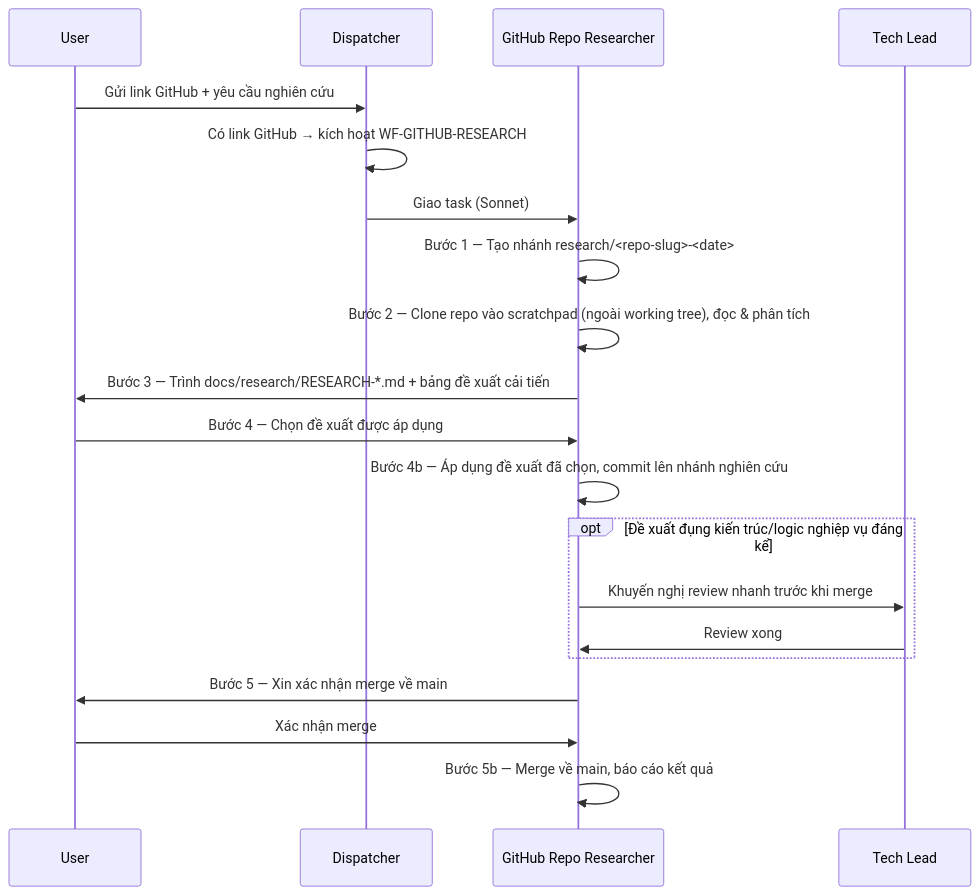
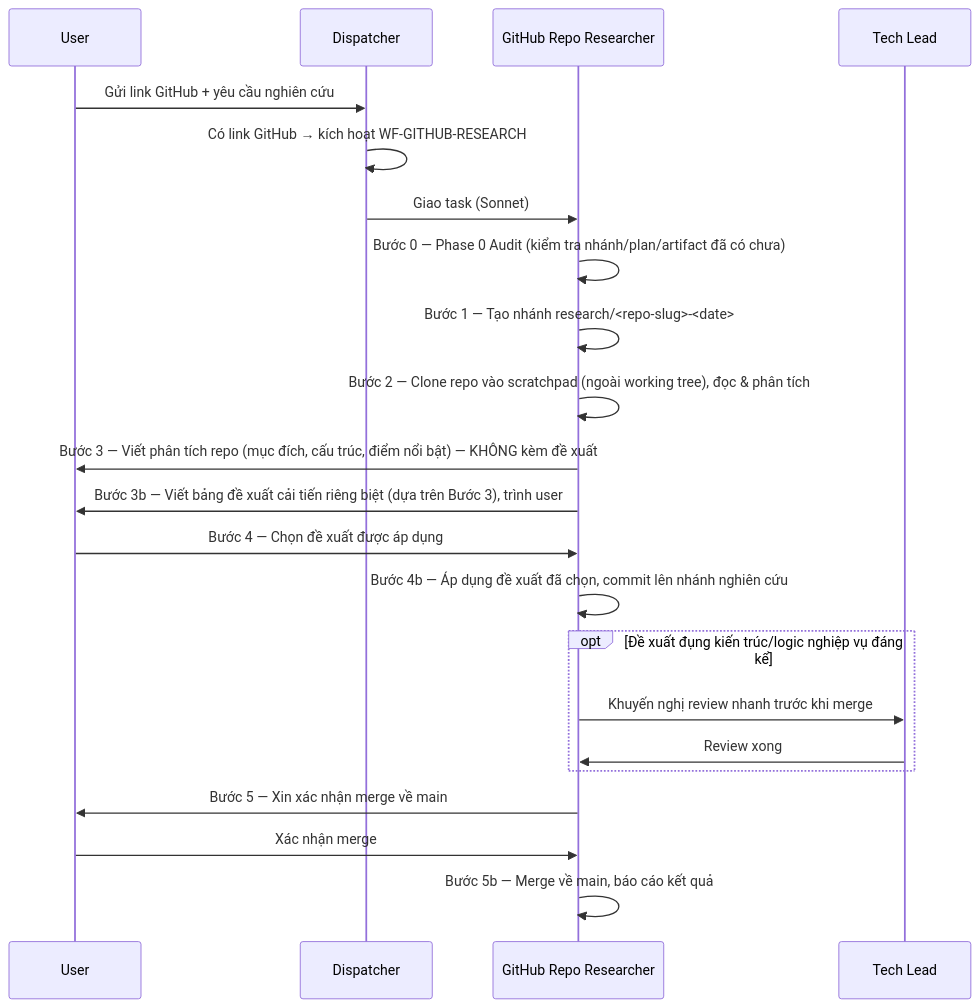
The tenth of 10 diagrams in WORKFLOW.md (flick-git-anhnv/claude), drawn with Mermaid before and after one commit. The commit also changed other lines of this file and 24 other files, not shown here.

````diff
--- a/WORKFLOW.md
+++ b/WORKFLOW.md
@@ -383,24 +383,26 @@
 ```mermaid
 sequenceDiagram
     participant U as User
     participant Disp as Dispatcher
     participant GRR as GitHub Repo Researcher
     participant TL as Tech Lead
 
     U->>Disp: Gửi link GitHub + yêu cầu nghiên cứu
     Disp->>Disp: Có link GitHub → kích hoạt WF-GITHUB-RESEARCH
     Disp->>GRR: Giao task (Sonnet)
 
+    GRR->>GRR: Bước 0 — Phase 0 Audit (kiểm tra nhánh/plan/artifact đã có chưa)
     GRR->>GRR: Bước 1 — Tạo nhánh research/<repo-slug>-<date>
     GRR->>GRR: Bước 2 — Clone repo vào scratchpad (ngoài working tree), đọc & phân tích
-    GRR->>U: Bước 3 — Trình docs/research/RESEARCH-*.md + bảng đề xuất cải tiến
+    GRR->>U: Bước 3 — Viết phân tích repo (mục đích, cấu trúc, điểm nổi bật) — KHÔNG kèm đề xuất
+    GRR->>U: Bước 3b — Viết bảng đề xuất cải tiến riêng biệt (dựa trên Bước 3), trình user
     U->>GRR: Bước 4 — Chọn đề xuất được áp dụng
     GRR->>GRR: Bước 4b — Áp dụng đề xuất đã chọn, commit lên nhánh nghiên cứu
     opt Đề xuất đụng kiến trúc/logic nghiệp vụ đáng kể
         GRR->>TL: Khuyến nghị review nhanh trước khi merge
         TL->>GRR: Review xong
     end
     GRR->>U: Bước 5 — Xin xác nhận merge về main
     U->>GRR: Xác nhận merge
     GRR->>GRR: Bước 5b — Merge về main, báo cáo kết quả
 ```
````
